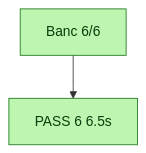
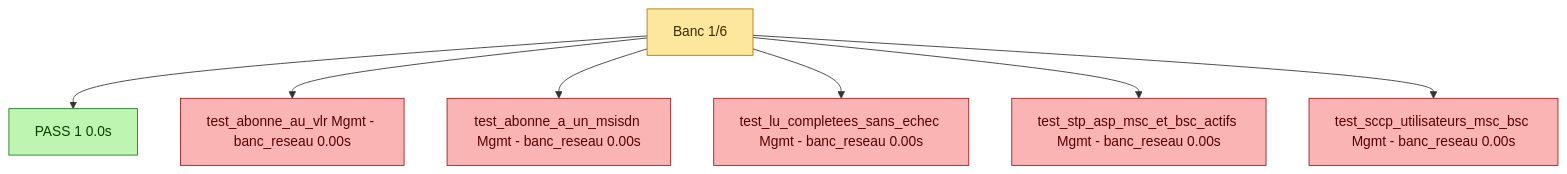
The third of 3 diagrams in pytest/reseau/rapport.qmd (bbaranoff/tests), drawn with Mermaid before and after one commit. The commit also changed other lines of this file and 129 other files, not shown here.

````diff
--- a/pytest/reseau/rapport.qmd
+++ b/pytest/reseau/rapport.qmd
@@ -201,12 +206,22 @@
 ```{mermaid}
 flowchart TB
   classDef pass    fill:#bef5b1,stroke:#1f7a1f,color:#0a3d0a;
   classDef partial fill:#fde79c,stroke:#b07a00,color:#3a2c00;
   classDef fail    fill:#fbb4b4,stroke:#a31a1a,color:#5a0000;
   classDef skip    fill:#e0e0e0,stroke:#6a6a6a,color:#333;
   classDef xfail   fill:#fde79c,stroke:#b07a00,color:#3a2c00;
-  C_Banc["Banc 6/6"]
-  C_Banc --> T_001_pass_grp_Banc["PASS 6 6.5s"]
-  class C_Banc pass;
+  C_Banc["Banc 1/6"]
+  C_Banc --> T_001_pass_grp_Banc["PASS 1 0.0s"]
+  C_Banc --> T_002_test_abonne_au_vlr["test_abonne_au_vlr Mgmt - banc_reseau 0.00s"]
+  C_Banc --> T_003_test_abonne_a_un_msisdn["test_abonne_a_un_msisdn Mgmt - banc_reseau 0.00s"]
+  C_Banc --> T_004_test_lu_completees_sans_echec["test_lu_completees_sans_echec Mgmt - banc_reseau 0.00s"]
+  C_Banc --> T_005_test_stp_asp_msc_et_bsc_actifs["test_stp_asp_msc_et_bsc_actifs Mgmt - banc_reseau 0.00s"]
+  C_Banc --> T_006_test_sccp_utilisateurs_msc_bsc["test_sccp_utilisateurs_msc_bsc Mgmt - banc_reseau 0.00s"]
+  class C_Banc partial;
   class T_001_pass_grp_Banc pass;
+  class T_002_test_abonne_au_vlr fail;
+  class T_003_test_abonne_a_un_msisdn fail;
+  class T_004_test_lu_completees_sans_echec fail;
+  class T_005_test_stp_asp_msc_et_bsc_actifs fail;
+  class T_006_test_sccp_utilisateurs_msc_bsc fail;
 ```
````
